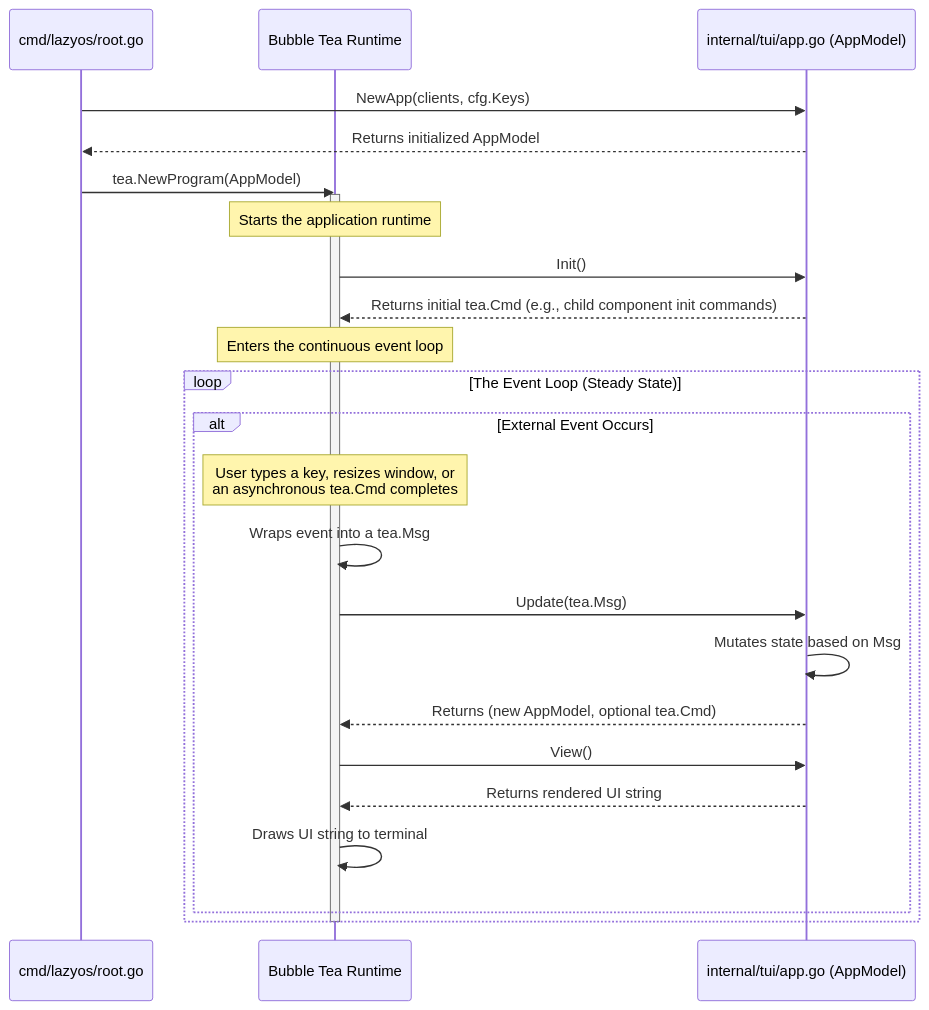
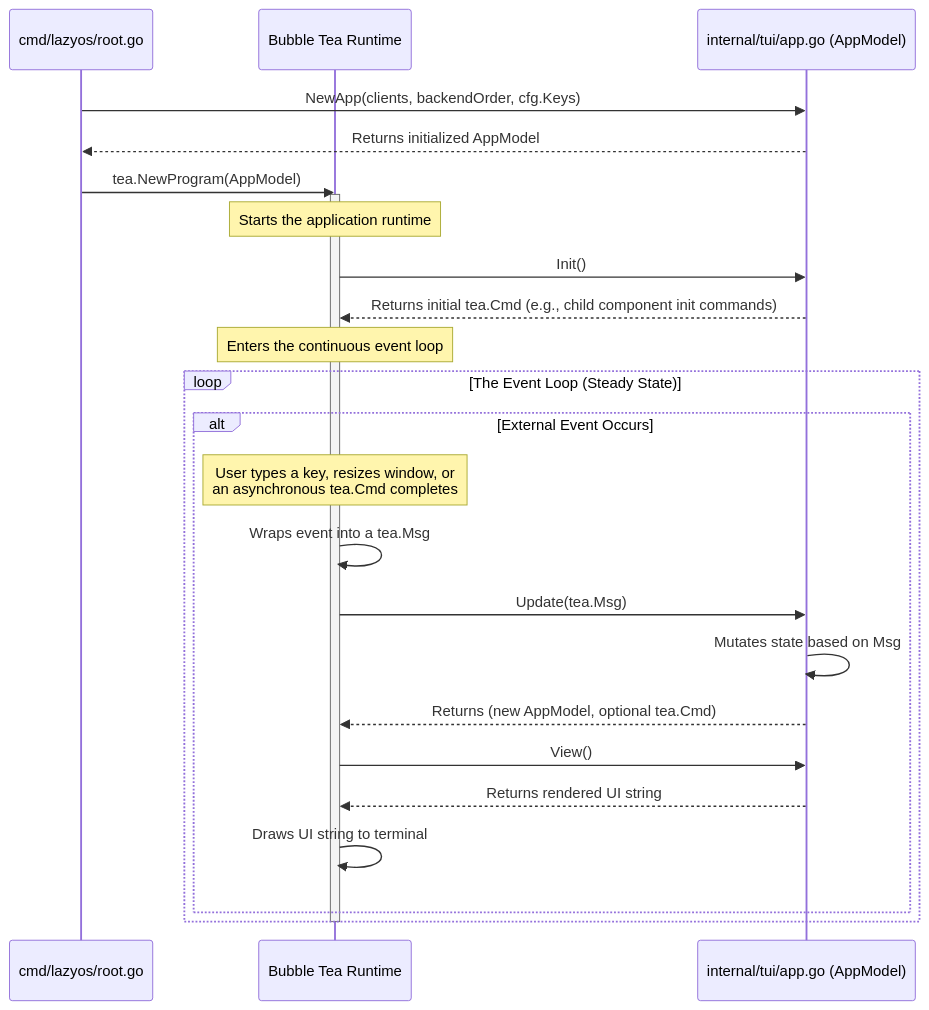
Before and after one commit to ajitm722/LazyOS: the second of 2 diagrams in docs/architecture.md, drawn with Mermaid. The commit also changed other lines of this file and 15 other files, not shown here.

First line of the commit message:
refactor: multi-backend architecture with kernel/aws Queryer implementations

````diff
--- a/docs/architecture.md
+++ b/docs/architecture.md
@@ -165,36 +206,36 @@
 ```mermaid
 sequenceDiagram
     participant Main as cmd/lazyos/root.go
     participant BT as Bubble Tea Runtime
     participant App as internal/tui/app.go (AppModel)
 
-    Main->>App: NewApp(clients, cfg.Keys)
+    Main->>App: NewApp(clients, backendOrder, cfg.Keys)
     App-->>Main: Returns initialized AppModel
 
     Main->>BT: tea.NewProgram(AppModel)
     activate BT
     
     Note over BT: Starts the application runtime
 
     BT->>App: Init()
     App-->>BT: Returns initial tea.Cmd (e.g., child component init commands)
     
     Note over BT: Enters the continuous event loop
 
     loop The Event Loop (Steady State)
         alt External Event Occurs
             Note over BT: User types a key, resizes window, or<br/>an asynchronous tea.Cmd completes
             BT->>BT: Wraps event into a tea.Msg
             
             BT->>App: Update(tea.Msg)
             App->>App: Mutates state based on Msg
             App-->>BT: Returns (new AppModel, optional tea.Cmd)
             
             BT->>App: View()
             App-->>BT: Returns rendered UI string
             
             BT->>BT: Draws UI string to terminal
         end
     end
     deactivate BT
 ```
````
